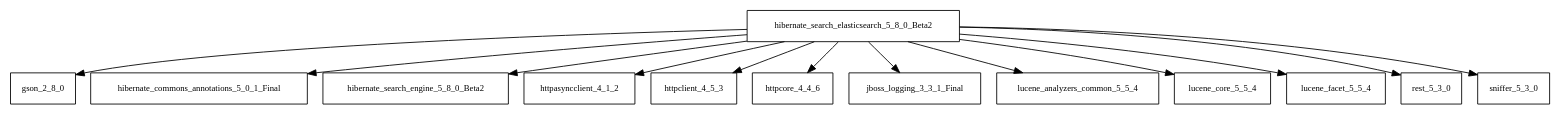
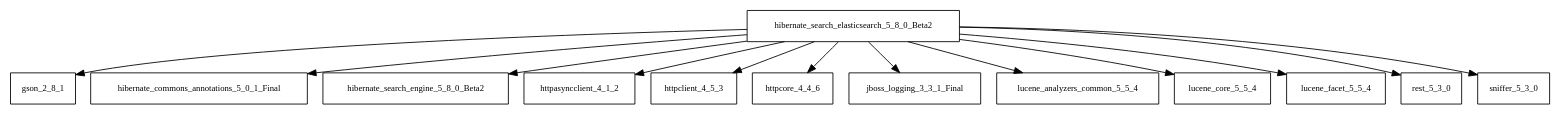
Before and after one commit to AglaianWoman/cia: the diagram in tattleTaleReport/graphviz/hibernate-search-elasticsearch-5.8.0.Beta2.jar/hibernate-search-elasticsearch-5.8.0.Beta2.jar.dot, drawn with Graphviz. The commit also changed 2173 other files, not shown here.

```diff
--- a/tattleTaleReport/graphviz/hibernate-search-elasticsearch-5.8.0.Beta2.jar/hibernate-search-elasticsearch-5.8.0.Beta2.jar.dot
+++ b/tattleTaleReport/graphviz/hibernate-search-elasticsearch-5.8.0.Beta2.jar/hibernate-search-elasticsearch-5.8.0.Beta2.jar.dot
@@ -1,15 +1,15 @@
 digraph hibernate_search_elasticsearch_5_8_0_Beta2_dependencies {
   node [shape = box, fontsize=10.0];
-  hibernate_search_elasticsearch_5_8_0_Beta2 -> gson_2_8_0;
+  hibernate_search_elasticsearch_5_8_0_Beta2 -> gson_2_8_1;
   hibernate_search_elasticsearch_5_8_0_Beta2 -> hibernate_commons_annotations_5_0_1_Final;
   hibernate_search_elasticsearch_5_8_0_Beta2 -> hibernate_search_engine_5_8_0_Beta2;
   hibernate_search_elasticsearch_5_8_0_Beta2 -> httpasyncclient_4_1_2;
   hibernate_search_elasticsearch_5_8_0_Beta2 -> httpclient_4_5_3;
   hibernate_search_elasticsearch_5_8_0_Beta2 -> httpcore_4_4_6;
   hibernate_search_elasticsearch_5_8_0_Beta2 -> jboss_logging_3_3_1_Final;
   hibernate_search_elasticsearch_5_8_0_Beta2 -> lucene_analyzers_common_5_5_4;
   hibernate_search_elasticsearch_5_8_0_Beta2 -> lucene_core_5_5_4;
   hibernate_search_elasticsearch_5_8_0_Beta2 -> lucene_facet_5_5_4;
   hibernate_search_elasticsearch_5_8_0_Beta2 -> rest_5_3_0;
   hibernate_search_elasticsearch_5_8_0_Beta2 -> sniffer_5_3_0;
 }
```
